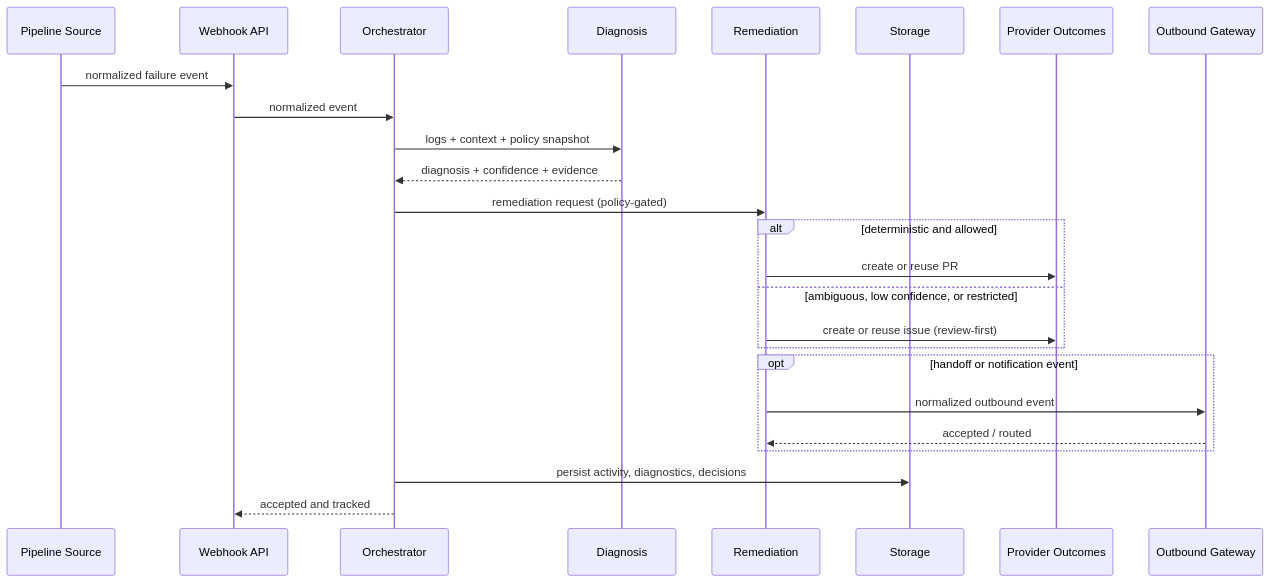
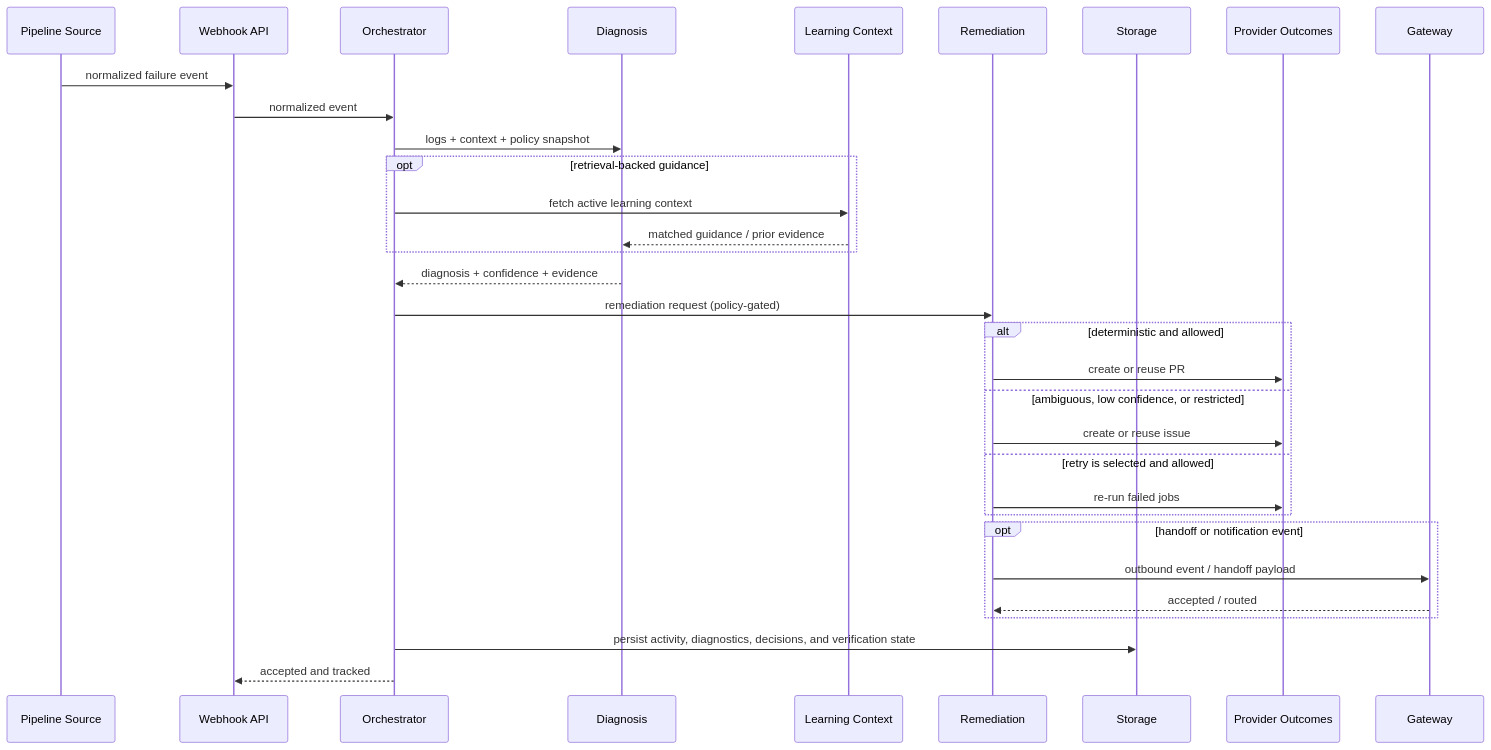
One commit to Canepro/pipelinehealer changed the second of 2 diagrams in README.md. Above: the diagram before and after it, drawn with Mermaid. The commit also changed other lines of this file and 10 other files, not shown here.

Commit message:
docs: align README and architecture diagrams

````diff
--- a/README.md
+++ b/README.md
@@ -369,28 +272,35 @@
 ```mermaid
 sequenceDiagram
   participant SRC as Pipeline Source
   participant WH as Webhook API
   participant OR as Orchestrator
   participant DI as Diagnosis
+  participant LRN as Learning Context
   participant RM as Remediation
   participant DB as Storage
   participant OUT as Provider Outcomes
-  participant GW as Outbound Gateway
+  participant GW as Gateway
 
   SRC->>WH: normalized failure event
   WH->>OR: normalized event
   OR->>DI: logs + context + policy snapshot
+  opt retrieval-backed guidance
+    OR->>LRN: fetch active learning context
+    LRN-->>DI: matched guidance / prior evidence
+  end
   DI-->>OR: diagnosis + confidence + evidence
   OR->>RM: remediation request (policy-gated)
   alt deterministic and allowed
     RM->>OUT: create or reuse PR
   else ambiguous, low confidence, or restricted
-    RM->>OUT: create or reuse issue (review-first)
+    RM->>OUT: create or reuse issue
+  else retry is selected and allowed
+    RM->>OUT: re-run failed jobs
   end
   opt handoff or notification event
-    RM->>GW: normalized outbound event
+    RM->>GW: outbound event / handoff payload
     GW-->>RM: accepted / routed
   end
-  OR->>DB: persist activity, diagnostics, decisions
+  OR->>DB: persist activity, diagnostics, decisions, and verification state
   OR-->>WH: accepted and tracked
 ```
````
